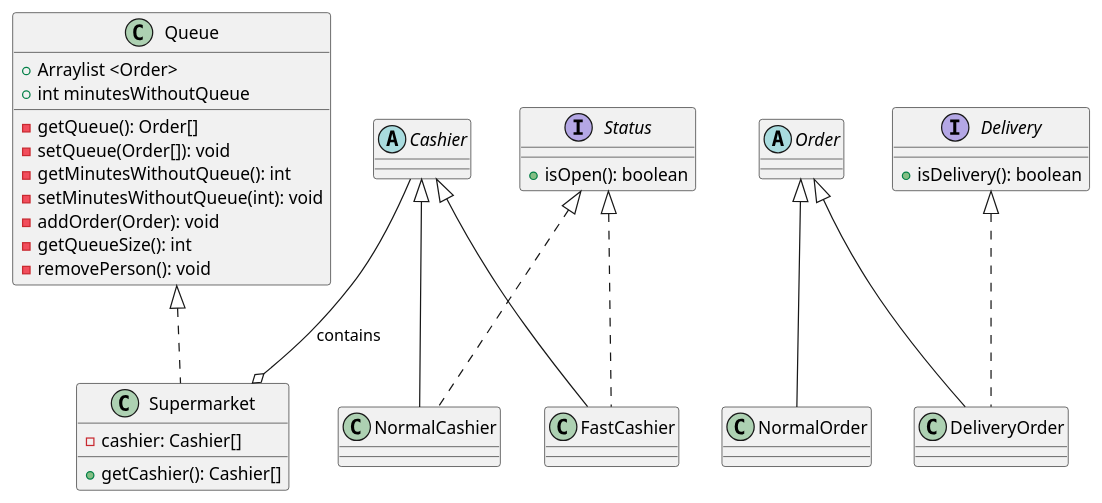
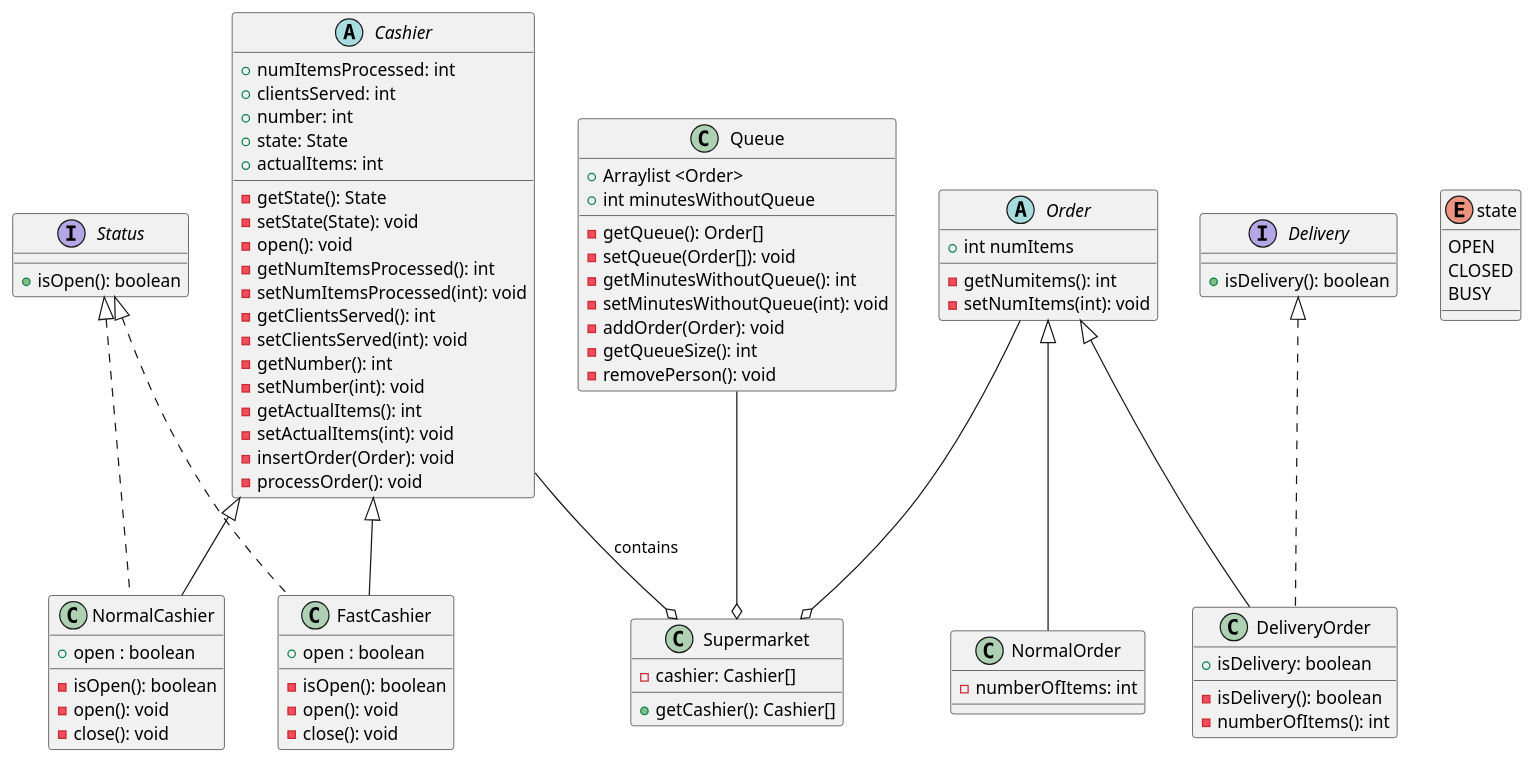
One commit to eabol/awesome-projects-prograii changed the diagram in garciaCesar/CFC/src/CFC.puml. Above: the diagram before and after it, drawn with PlantUML.

```diff
--- a/garciaCesar/CFC/src/CFC.puml
+++ b/garciaCesar/CFC/src/CFC.puml
@@ -1,59 +1,99 @@
 @startuml
 
 abstract class Cashier {
+    +numItemsProcessed: int
+    +clientsServed: int
+    +number: int
+    +state: State
+    +actualItems: int
+    -getState(): State
+    -setState(State): void
+    -open(): void
+    -getNumItemsProcessed(): int
+    -setNumItemsProcessed(int): void
+    -getClientsServed(): int
+    -setClientsServed(int): void
+    -getNumber(): int
+    -setNumber(int): void
+    -getActualItems(): int
+    -setActualItems(int): void
+    -insertOrder(Order): void
+    -processOrder(): void
 
 }
 
 class FastCashier {
+    +open : boolean
+    -isOpen(): boolean
+    -open(): void
+    -close(): void
 
 }
 
 class NormalCashier {
+    +open : boolean
+    -isOpen(): boolean
+    -open(): void
+    -close(): void
 
 }
 
 abstract class Order {
+    +int numItems
+    -getNumitems(): int
+    -setNumItems(int): void
+}
+
+enum state {
+    OPEN
+    CLOSED
+    BUSY
 }
 
 class NormalOrder {
+    -numberOfItems: int
 }
 
 class DeliveryOrder {
+    +isDelivery: boolean
+    -isDelivery(): boolean
+    -numberOfItems(): int
 }
 
 interface Status {
     +isOpen(): boolean
 }
 interface Delivery{
     +isDelivery(): boolean
 }
 class Queue {
     +Arraylist <Order>
     +int minutesWithoutQueue
     -getQueue(): Order[]
     -setQueue(Order[]): void
     -getMinutesWithoutQueue(): int
     -setMinutesWithoutQueue(int): void
     -addOrder(Order): void
     -getQueueSize(): int
     -removePerson(): void
 
 }
 
 
 class Supermarket {
     -cashier: Cashier[]
     +getCashier(): Cashier[]
 }
 
 Cashier <|-- FastCashier
 Cashier <|-- NormalCashier
 Order <|-- NormalOrder
 Order <|-- DeliveryOrder
 Status <|.. FastCashier
 Status <|.. NormalCashier
 Delivery <|.. DeliveryOrder
 Cashier --o Supermarket : contains
-Queue <|.. Supermarket
+Queue --o Supermarket
+Order --o Supermarket
 
 @enduml
```
